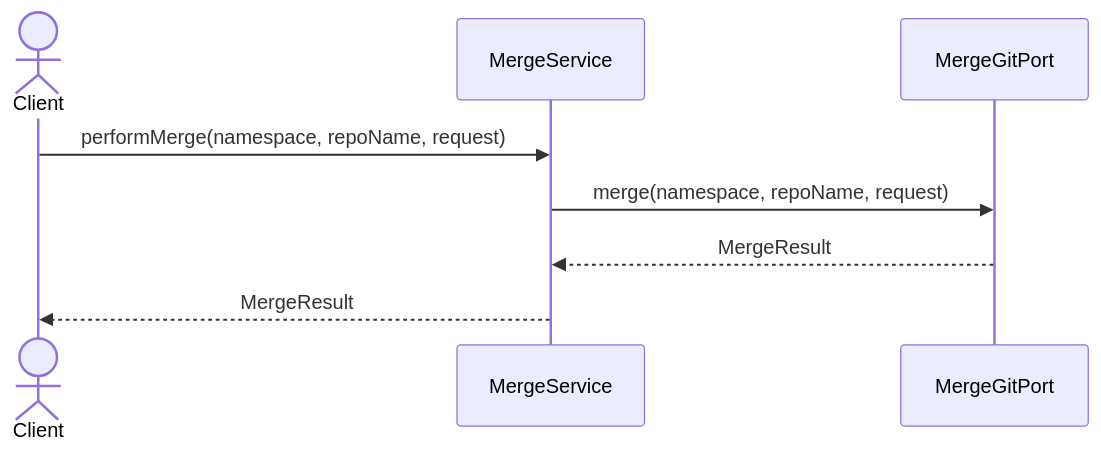
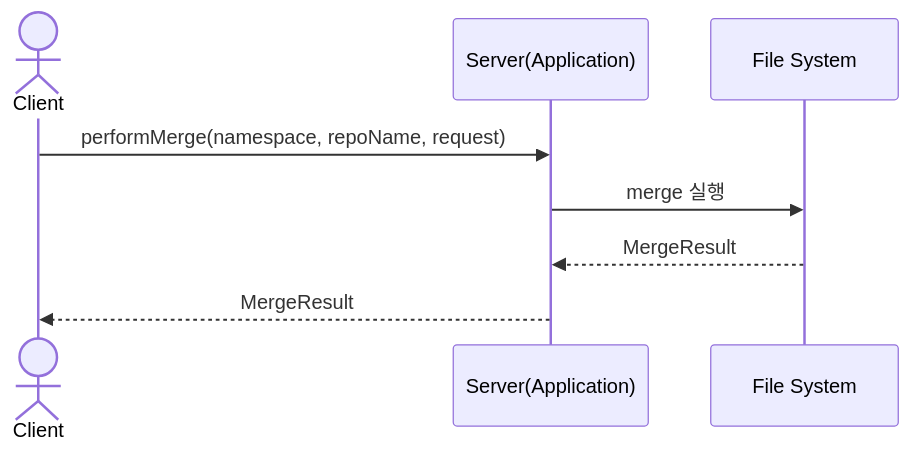
One commit to jgitkins/jgitkins changed the fifth of 5 diagrams in docs/modeling/contexts/change-review/change-review-context-diagrams.md. Above: the diagram before and after it, drawn with Mermaid. The commit also changed other lines of this file and 15 other files, not shown here.

````diff
--- a/docs/modeling/contexts/change-review/change-review-context-diagrams.md
+++ b/docs/modeling/contexts/change-review/change-review-context-diagrams.md
@@ -201,11 +182,11 @@
 ```mermaid
 sequenceDiagram
     actor Client
-    participant MS as MergeService
-    participant MGP as MergeGitPort
+    participant App as Server(Application)
+    participant FS as File System
 
-    Client->>MS: performMerge(namespace, repoName, request)
-    MS->>MGP: merge(namespace, repoName, request)
-    MGP-->>MS: MergeResult
-    MS-->>Client: MergeResult
+    Client->>App: performMerge(namespace, repoName, request)
+    App->>FS: merge 실행
+    FS-->>App: MergeResult
+    App-->>Client: MergeResult
 ```
````
